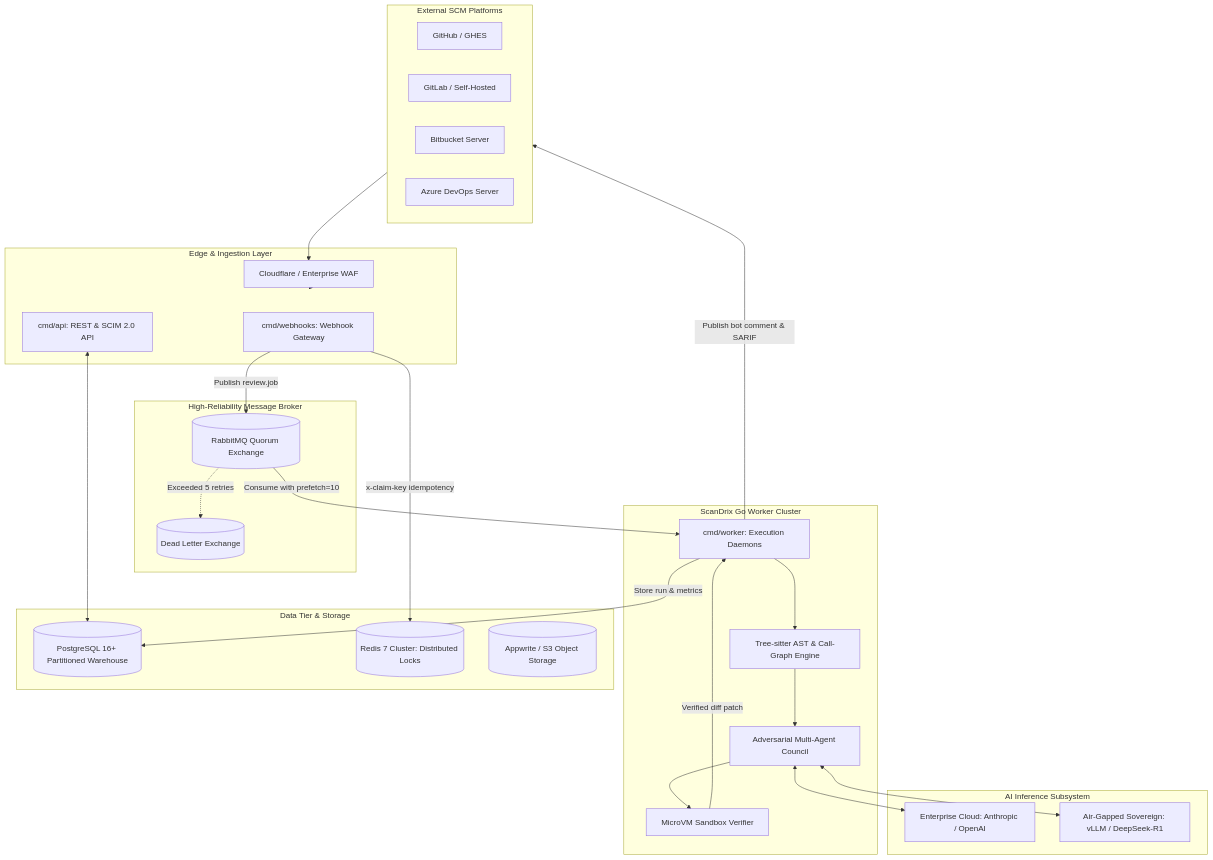
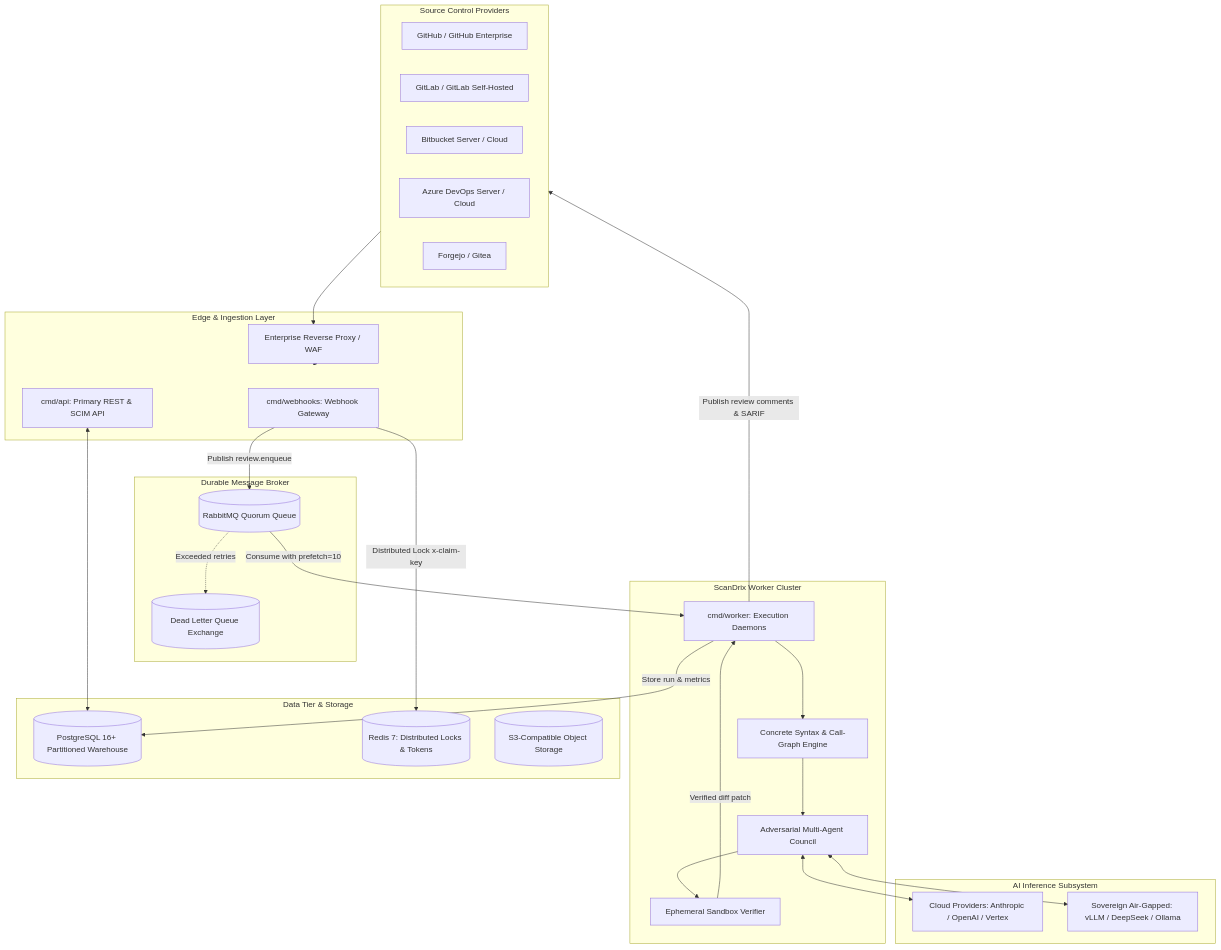
The first of 2 diagrams in docs/enterprise/TRD.md (Santosh-Prasad-Verma/ScanDrix), drawn with Mermaid before and after one commit. The commit also changed other lines of this file and 349 other files, not shown here.

Commit message:
feat(engine): add autonomous PR review & fast-index workflows, warehouse sync, and rule evals

````diff
--- a/docs/enterprise/TRD.md
+++ b/docs/enterprise/TRD.md
@@ -13,52 +15,53 @@
 ```mermaid
 flowchart TB
-    subgraph Git_Providers ["External SCM Platforms"]
-        GH[GitHub / GHES]
-        GL[GitLab / Self-Hosted]
-        BB[Bitbucket Server]
-        AD[Azure DevOps Server]
+    subgraph Git_Providers ["Source Control Providers"]
+        GH[GitHub / GitHub Enterprise]
+        GL[GitLab / GitLab Self-Hosted]
+        BB[Bitbucket Server / Cloud]
+        AZ[Azure DevOps Server / Cloud]
+        FJ[Forgejo / Gitea]
     end
 
     subgraph Ingestion_Layer ["Edge & Ingestion Layer"]
         WH[cmd/webhooks: Webhook Gateway]
-        API[cmd/api: REST & SCIM 2.0 API]
-        WAF[Cloudflare / Enterprise WAF]
+        API[cmd/api: Primary REST & SCIM API]
+        WAF[Enterprise Reverse Proxy / WAF]
     end
 
-    subgraph Queue_Broker ["High-Reliability Message Broker"]
-        RMQ[(RabbitMQ Quorum Exchange)]
-        DLQ[(Dead Letter Exchange)]
+    subgraph Queue_Broker ["Durable Message Broker"]
+        RMQ[(RabbitMQ Quorum Queue)]
+        DLQ[(Dead Letter Queue Exchange)]
     end
 
-    subgraph Processing_Layer ["ScanDrix Go Worker Cluster"]
+    subgraph Processing_Layer ["ScanDrix Worker Cluster"]
         WRK[cmd/worker: Execution Daemons]
-        AST[Tree-sitter AST & Call-Graph Engine]
+        AST[Concrete Syntax & Call-Graph Engine]
         MAC[Adversarial Multi-Agent Council]
-        SBX[MicroVM Sandbox Verifier]
+        SBX[Ephemeral Sandbox Verifier]
     end
 
     subgraph Inference_Layer ["AI Inference Subsystem"]
-        EXT_AI[Enterprise Cloud: Anthropic / OpenAI]
-        SOV_AI[Air-Gapped Sovereign: vLLM / DeepSeek-R1]
+        CLOUD_AI[Cloud Providers: Anthropic / OpenAI / Vertex]
+        SOV_AI[Sovereign Air-Gapped: vLLM / DeepSeek / Ollama]
     end
 
     subgraph Persistence_Layer ["Data Tier & Storage"]
         PG[(PostgreSQL 16+ Partitioned Warehouse)]
-        RDS[(Redis 7 Cluster: Distributed Locks)]
-        S3[(Appwrite / S3 Object Storage)]
+        RDS[(Redis 7: Distributed Locks & Tokens)]
+        S3[(S3-Compatible Object Storage)]
     end
 
     Git_Providers --> WAF --> Ingestion_Layer
-    WH -->|x-claim-key idempotency| RDS
-    WH -->|Publish review.job| RMQ
+    WH -->|Distributed Lock x-claim-key| RDS
+    WH -->|Publish review.enqueue| RMQ
     RMQ -->|Consume with prefetch=10| WRK
-    RMQ -.->|Exceeded 5 retries| DLQ
+    RMQ -.->|Exceeded retries| DLQ
     WRK --> AST --> MAC
-    MAC <--> EXT_AI
+    MAC <--> CLOUD_AI
     MAC <--> SOV_AI
     MAC --> SBX
     SBX -->|Verified diff patch| WRK
     WRK -->|Store run & metrics| PG
-    WRK -->|Publish bot comment & SARIF| Git_Providers
+    WRK -->|Publish review comments & SARIF| Git_Providers
     API <--> PG
 ```
````
